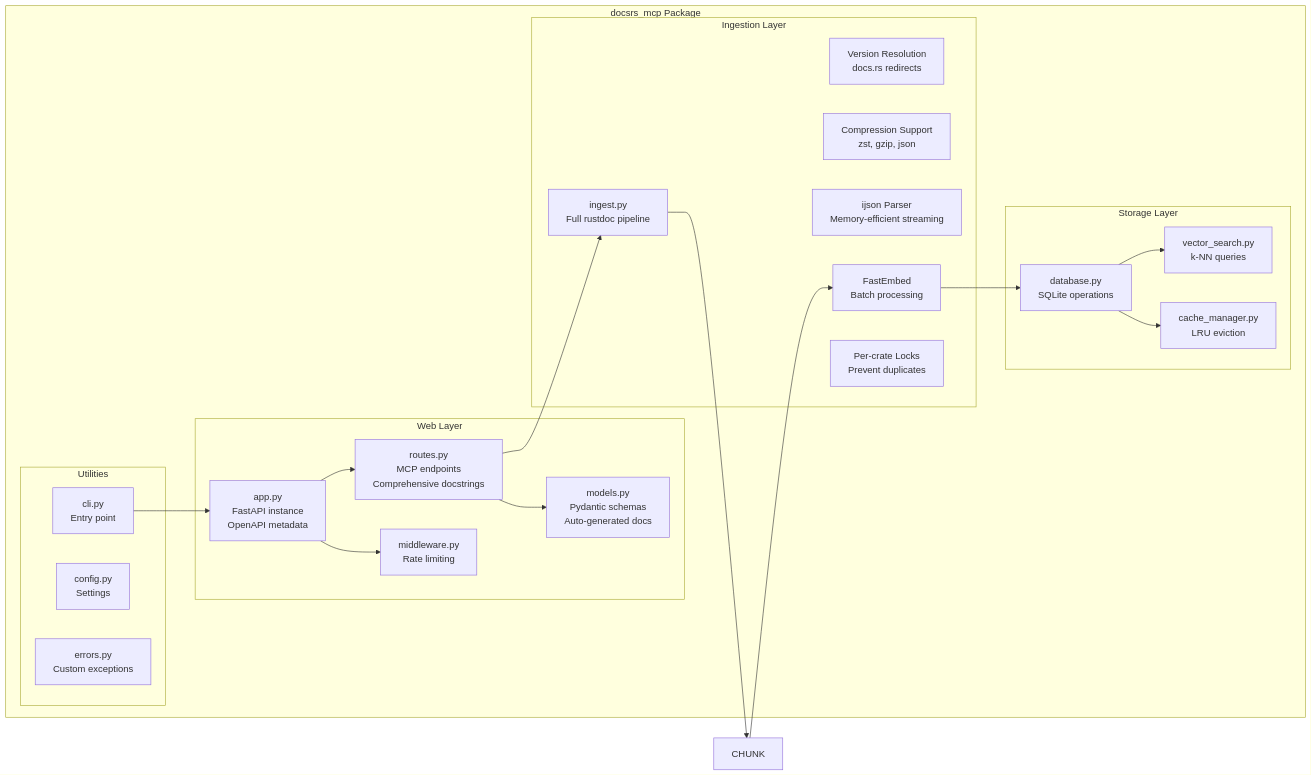
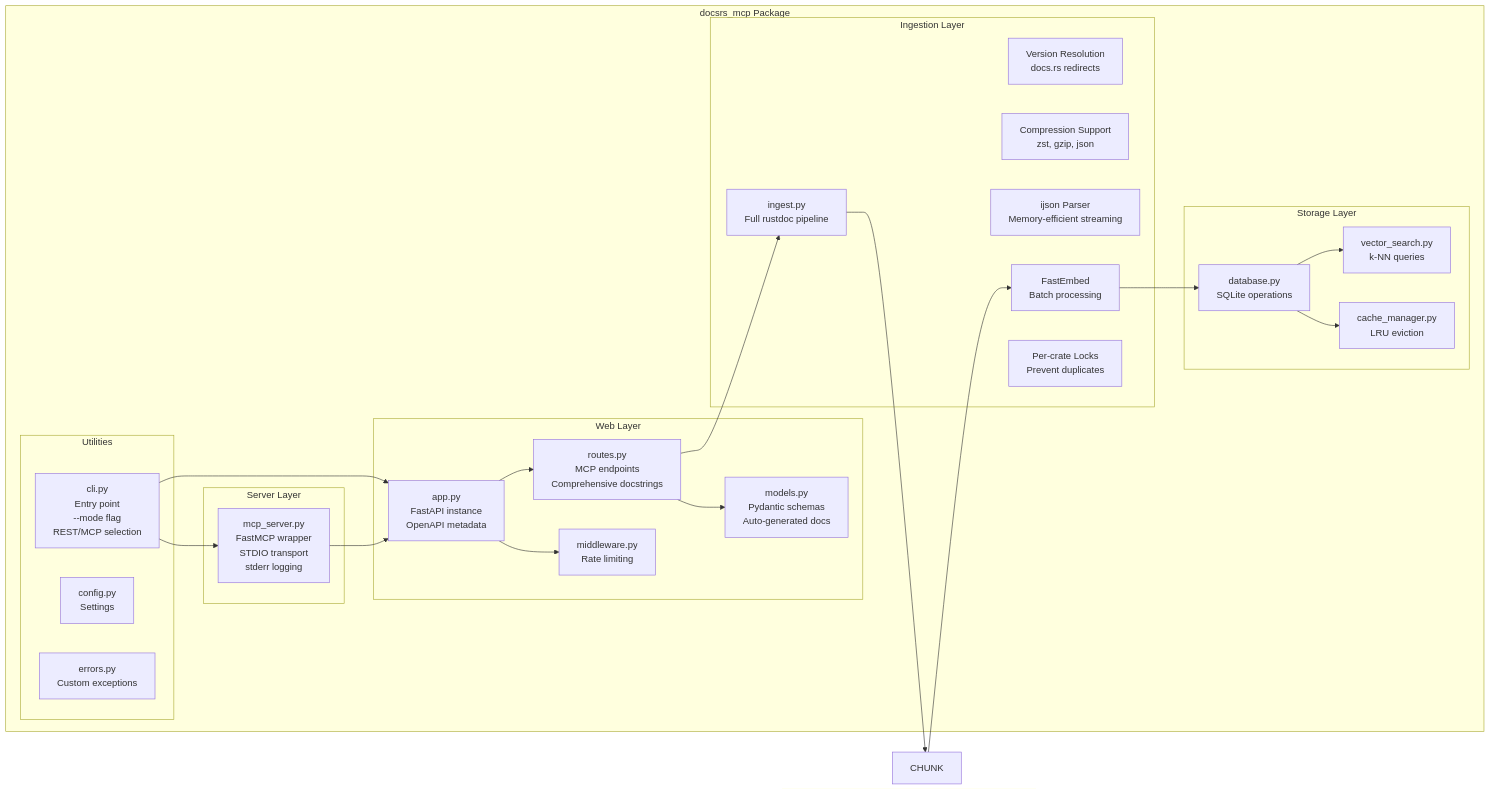
Before and after one commit to RimoVR/docsrs-mcp: the second of 12 diagrams in Architecture.md, drawn with Mermaid. The commit also changed other lines of this file and 8 other files, not shown here.

First line of the commit message:
feat: Implement MCP protocol support with FastMCP library

````diff
--- a/Architecture.md
+++ b/Architecture.md
@@ -48,43 +53,49 @@
 ```mermaid
 graph LR
     subgraph "docsrs_mcp Package"
         subgraph "Web Layer"
             APP[app.py<br/>FastAPI instance<br/>OpenAPI metadata]
             ROUTES[routes.py<br/>MCP endpoints<br/>Comprehensive docstrings]
             MODELS[models.py<br/>Pydantic schemas<br/>Auto-generated docs]
             MW[middleware.py<br/>Rate limiting]
         end
         
         subgraph "Ingestion Layer"
             ING[ingest.py<br/>Full rustdoc pipeline]
             VER[Version Resolution<br/>docs.rs redirects]
             DL[Compression Support<br/>zst, gzip, json]
             PARSE[ijson Parser<br/>Memory-efficient streaming]
             EMBED[FastEmbed<br/>Batch processing]
             LOCK[Per-crate Locks<br/>Prevent duplicates]
         end
         
         subgraph "Storage Layer"
             DB[database.py<br/>SQLite operations]
             VSS[vector_search.py<br/>k-NN queries]
             CACHE[cache_manager.py<br/>LRU eviction]
         end
         
+        subgraph "Server Layer"
+            MCP_SERVER[mcp_server.py<br/>FastMCP wrapper<br/>STDIO transport<br/>stderr logging]
+        end
+        
         subgraph "Utilities"
-            CLI[cli.py<br/>Entry point]
+            CLI[cli.py<br/>Entry point<br/>--mode flag<br/>REST/MCP selection]
             CONFIG[config.py<br/>Settings]
             ERRORS[errors.py<br/>Custom exceptions]
         end
     end
     
     APP --> ROUTES
     ROUTES --> MODELS
     APP --> MW
     ROUTES --> ING
     ING --> CHUNK
     CHUNK --> EMBED
     EMBED --> DB
     DB --> VSS
     DB --> CACHE
     CLI --> APP
+    CLI --> MCP_SERVER
+    MCP_SERVER --> APP
 ```
````
